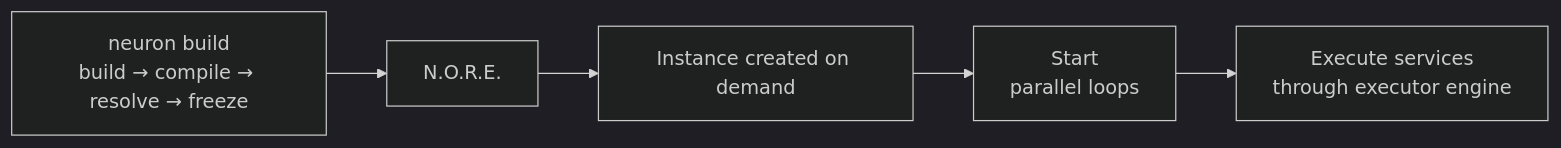
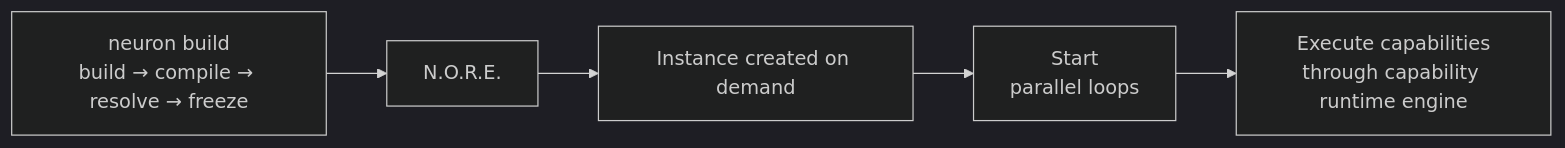
One commit to neuron-runtime/neuron changed the third of 4 diagrams in docs/RUNTIME.md. Above: the diagram before and after it, drawn with Mermaid (dark theme). The commit also changed other lines of this file and 119 other files, not shown here.

````diff
--- a/docs/RUNTIME.md
+++ b/docs/RUNTIME.md
@@ -130,7 +130,7 @@
 ```mermaid
 flowchart LR
     A[neuron build<br/>build → compile → resolve → freeze] --> B[N.O.R.E.]
     B --> C[Instance created on demand]
     C --> D[Start<br/>parallel loops]
-    D --> E[Execute services<br/>through executor engine]
+    D --> E[Execute capabilities<br/>through capability runtime engine]
 ```
````
